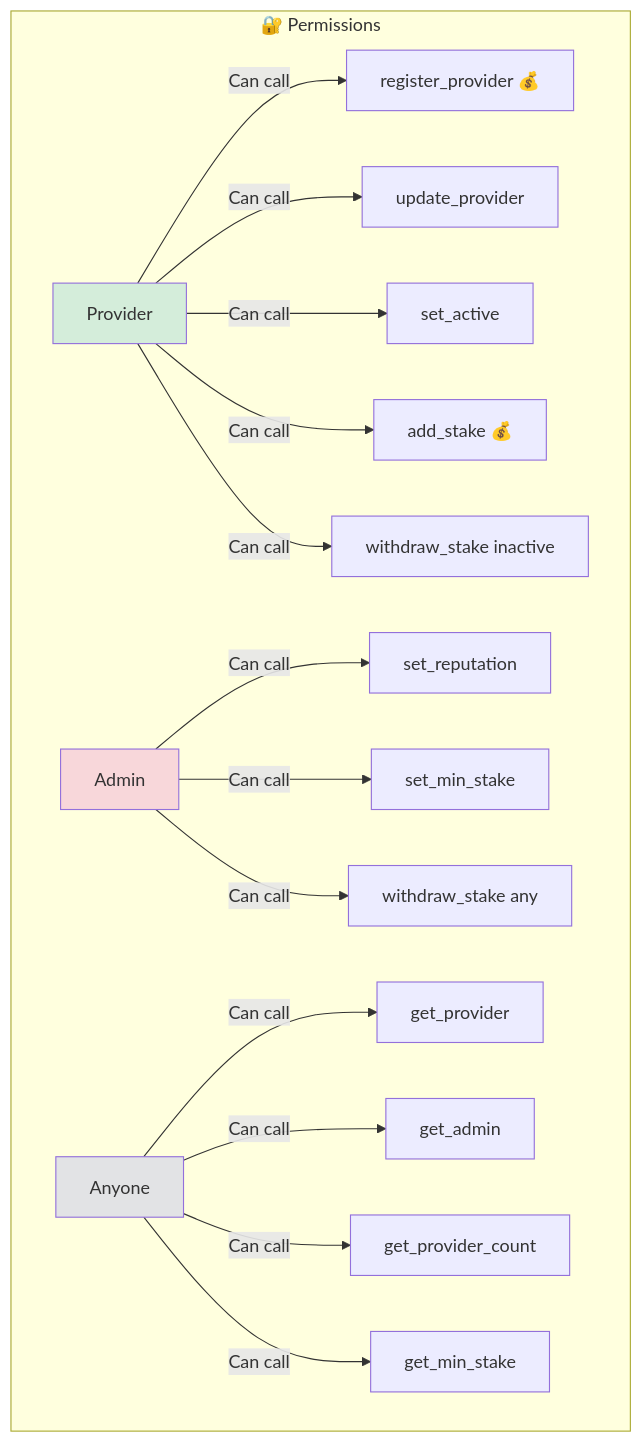
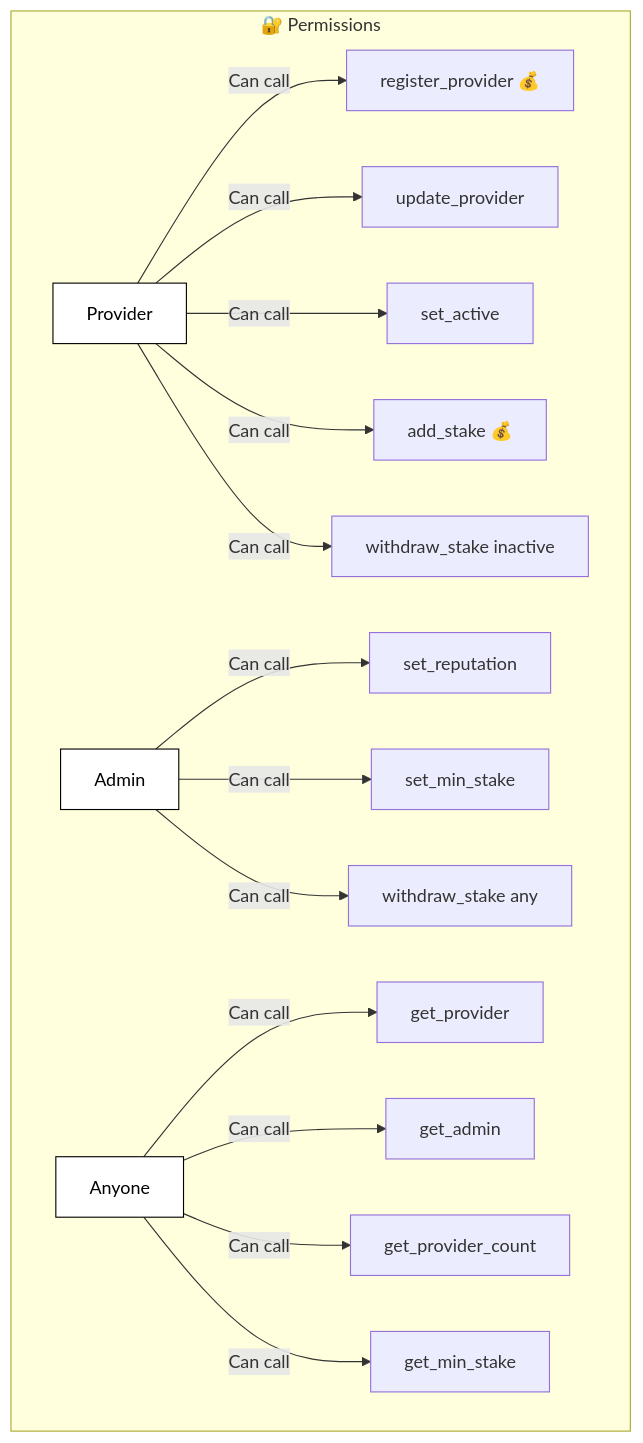
One commit to PolkaMesh/PolkaMesh-Contracts changed diagram 14 of 17 in compute_provider_registry/README.md. Above: the diagram before and after it, drawn with Mermaid. The commit also changed other lines of this file and 4 other files, not shown here.

````diff
--- a/compute_provider_registry/README.md
+++ b/compute_provider_registry/README.md
@@ -322,23 +322,23 @@
 ```mermaid
 graph TB
     subgraph "🔐 Permissions"
         A[Provider] -->|Can call| A1[register_provider 💰]
         A -->|Can call| A2[update_provider]
         A -->|Can call| A3[set_active]
         A -->|Can call| A4[add_stake 💰]
         A -->|Can call| A5[withdraw_stake inactive]
 
         B[Admin] -->|Can call| B1[set_reputation]
         B -->|Can call| B2[set_min_stake]
         B -->|Can call| B3[withdraw_stake any]
 
         C[Anyone] -->|Can call| C1[get_provider]
         C -->|Can call| C2[get_admin]
         C -->|Can call| C3[get_provider_count]
         C -->|Can call| C4[get_min_stake]
     end
 
-    style A fill:#d4edda
-    style B fill:#f8d7da
-    style C fill:#e2e3e5
+    style A fill:#ffffff,stroke:#000000,color:#000000
+    style B fill:#ffffff,stroke:#000000,color:#000000
+    style C fill:#ffffff,stroke:#000000,color:#000000
 ```
````
